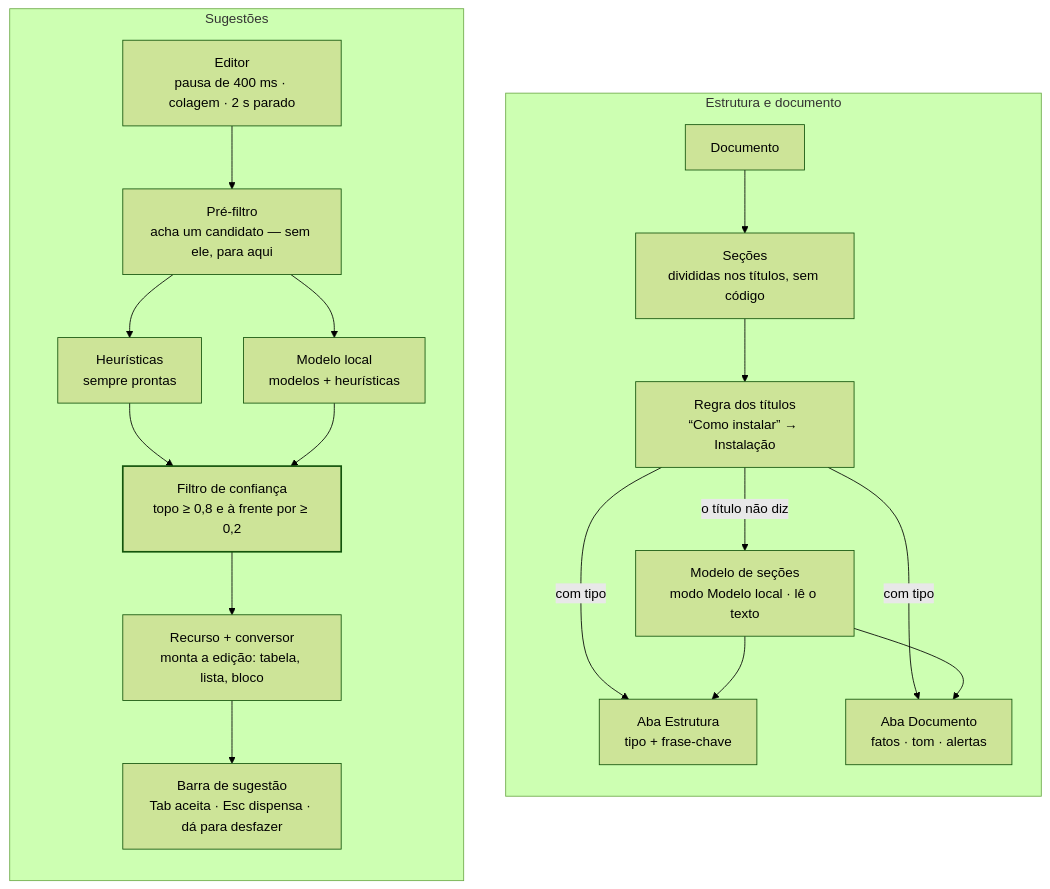
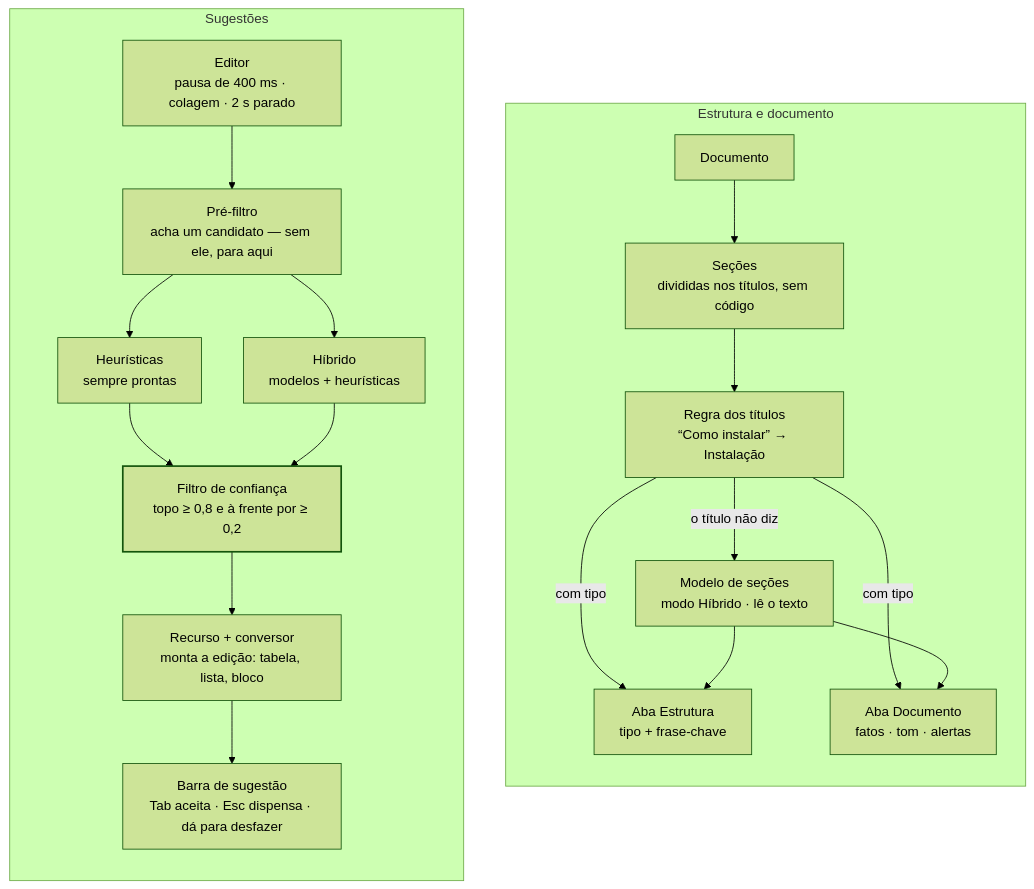
One commit to PabloFLPs/Marksage changed the diagram in docs/SMART-ASSIST.pt-BR.md. Above: the diagram before and after it, drawn with Mermaid (forest theme). The commit also changed other lines of this file and 6 other files, not shown here.

````diff
--- a/docs/SMART-ASSIST.pt-BR.md
+++ b/docs/SMART-ASSIST.pt-BR.md
@@ -92,26 +113,26 @@
 ```mermaid
 flowchart LR
   subgraph S ["Sugestões"]
     direction TB
     E["Editor<br/>pausa de 400 ms · colagem · 2 s parado"] --> P["Pré-filtro<br/>acha um candidato — sem ele, para aqui"]
     P --> H["Heurísticas<br/>sempre prontas"]
-    P --> M["Modelo local<br/>modelos + heurísticas"]
+    P --> M["Híbrido<br/>modelos + heurísticas"]
     H --> G["Filtro de confiança<br/>topo ≥ 0,8 e à frente por ≥ 0,2"]
     M --> G
     G --> F["Recurso + conversor<br/>monta a edição: tabela, lista, bloco"]
     F --> B["Barra de sugestão<br/>Tab aceita · Esc dispensa · dá para desfazer"]
   end
   subgraph O ["Estrutura e documento"]
     direction TB
     D["Documento"] --> X["Seções<br/>divididas nos títulos, sem código"]
     X --> R["Regra dos títulos<br/>“Como instalar” → Instalação"]
-    R -- "o título não diz" --> SM["Modelo de seções<br/>modo Modelo local · lê o texto"]
+    R -- "o título não diz" --> SM["Modelo de seções<br/>modo Híbrido · lê o texto"]
     R -- "com tipo" --> T1["Aba Estrutura<br/>tipo + frase-chave"]
     R -- "com tipo" --> T2["Aba Documento<br/>fatos · tom · alertas"]
     SM --> T1
     SM --> T2
   end
   S ~~~ O
   classDef gate stroke-width:2px
   class G gate
 ```
````
